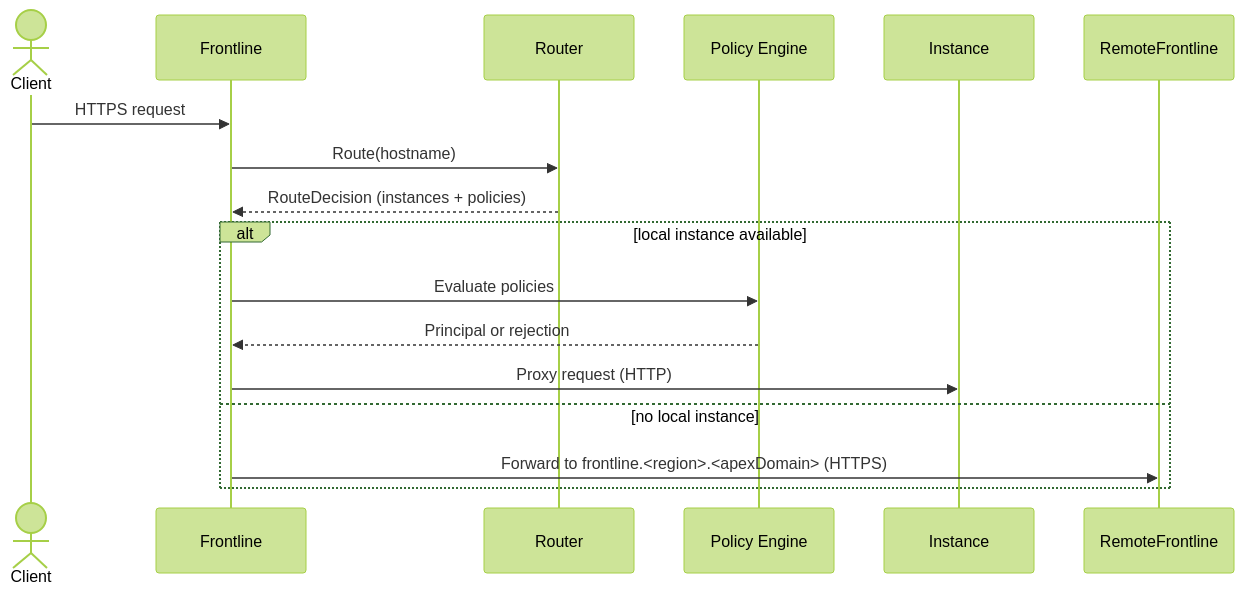
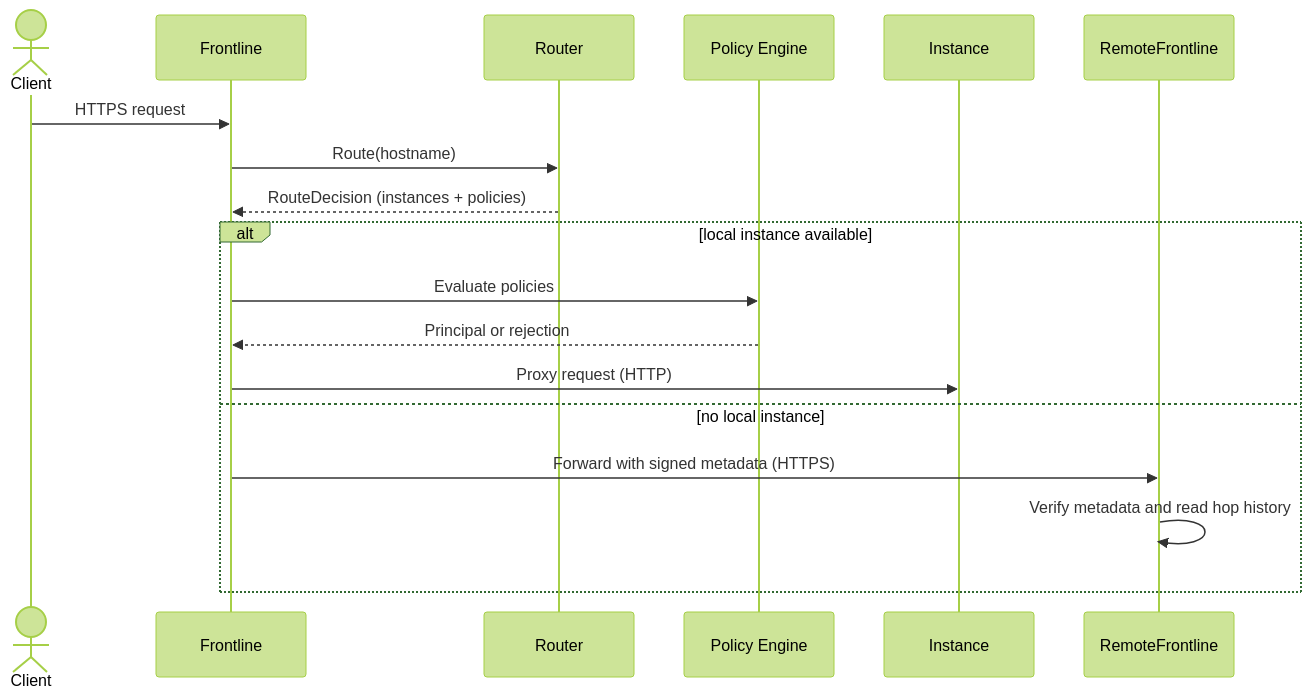
One commit to unkeyed/unkey changed the diagram in docs/engineering/architecture/services/frontline/ingress.mdx. Above: the diagram before and after it, drawn with Mermaid (forest theme). The commit also changed other lines of this file and 24 other files, not shown here.

First line of the commit message:
feat(frontline): sign cross-region metadata

````diff
--- a/docs/engineering/architecture/services/frontline/ingress.mdx
+++ b/docs/engineering/architecture/services/frontline/ingress.mdx
@@ -36,20 +36,21 @@
 ```mermaid
 sequenceDiagram
   actor Client
   participant Frontline
   participant Router
   participant Engine as Policy Engine
   participant Instance
   participant RemoteFrontline
 
   Client->>Frontline: HTTPS request
   Frontline->>Router: Route(hostname)
   Router-->>Frontline: RouteDecision (instances + policies)
   alt local instance available
     Frontline->>Engine: Evaluate policies
     Engine-->>Frontline: Principal or rejection
     Frontline->>Instance: Proxy request (HTTP)
   else no local instance
-    Frontline->>RemoteFrontline: Forward to frontline.<region>.<apexDomain> (HTTPS)
+    Frontline->>RemoteFrontline: Forward with signed metadata (HTTPS)
+    RemoteFrontline->>RemoteFrontline: Verify metadata and read hop history
   end
 ```
````
